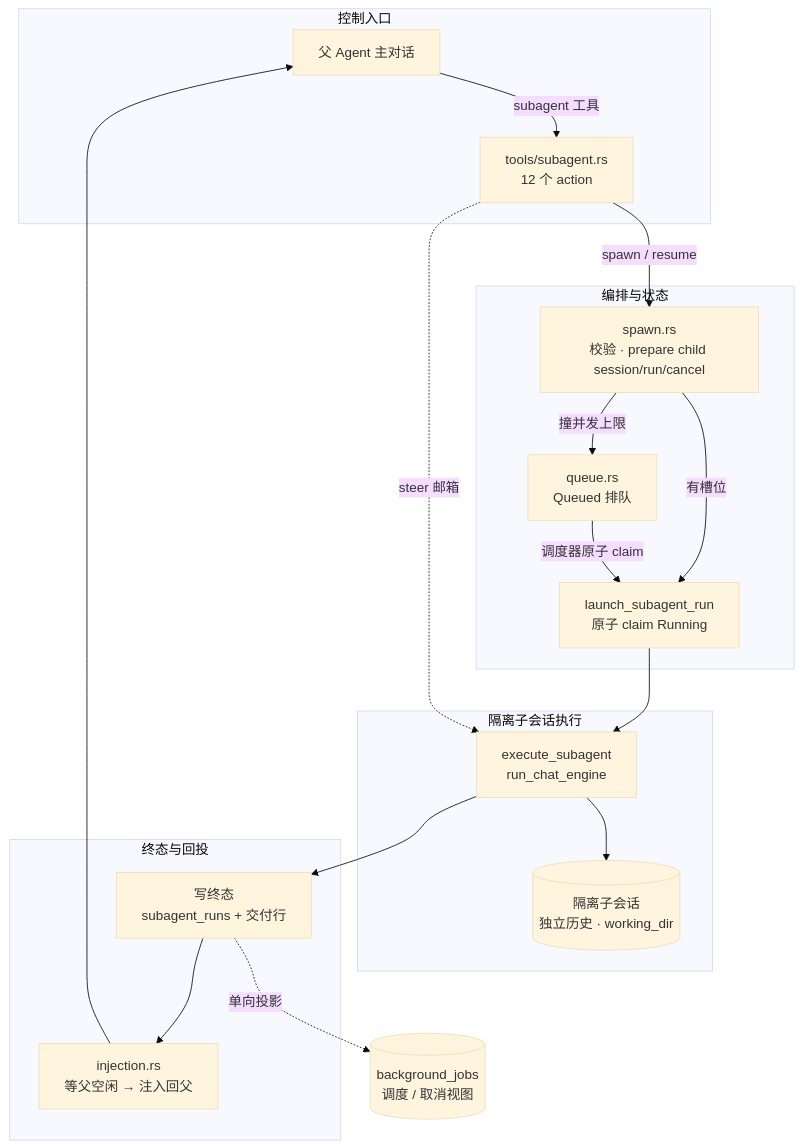
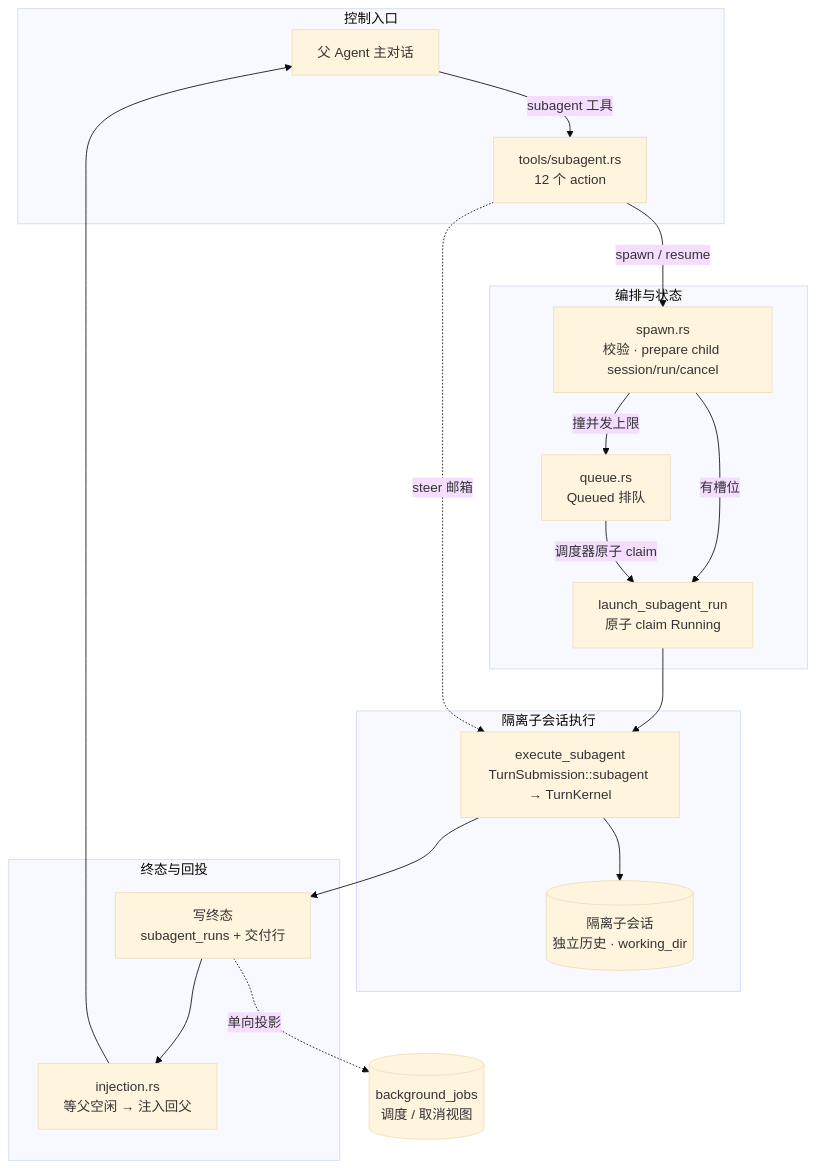
One commit to gabrielmoreira/agent-skills-mirror changed the first of 6 diagrams in mirrors/repos/shiwenwen@hope-agent/docs/architecture/agent/subagent.md. Above: the diagram before and after it, drawn with Mermaid (base theme). The commit also changed other lines of this file and 2396 other files, not shown here.

````diff
--- a/mirrors/repos/shiwenwen@hope-agent/docs/architecture/agent/subagent.md
+++ b/mirrors/repos/shiwenwen@hope-agent/docs/architecture/agent/subagent.md
@@ -33,23 +33,23 @@
 ```mermaid
 flowchart TB
     subgraph ENTRY[控制入口]
         P[父 Agent 主对话] -->|subagent 工具| T[tools/subagent.rs<br/>12 个 action]
     end
     subgraph ORCH[编排与状态]
         T -->|spawn / resume| SP[spawn.rs<br/>校验 · prepare child session/run/cancel]
         SP -->|撞并发上限| Q[queue.rs<br/>Queued 排队]
         SP -->|有槽位| LR[launch_subagent_run<br/>原子 claim Running]
         Q -->|调度器原子 claim| LR
     end
     subgraph EXEC[隔离子会话执行]
-        LR --> EX[execute_subagent<br/>run_chat_engine]
+        LR --> EX[execute_subagent<br/>TurnSubmission::subagent → TurnKernel]
         EX --> CS[(隔离子会话<br/>独立历史 · working_dir)]
     end
     subgraph BACK[终态与回投]
         EX --> FIN[写终态<br/>subagent_runs + 交付行]
         FIN --> INJ[injection.rs<br/>等父空闲 → 注入回父]
         INJ --> P
     end
     FIN -. 单向投影 .-> BJ[(background_jobs<br/>调度 / 取消视图)]
     T -. steer 邮箱 .-> EX
 ```
````
